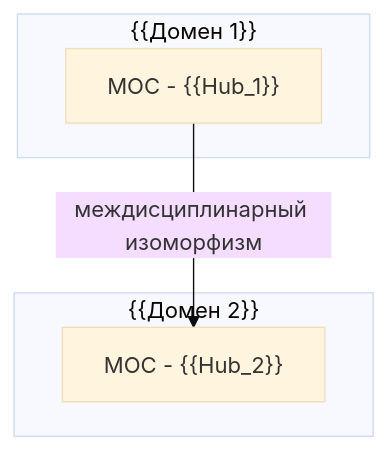
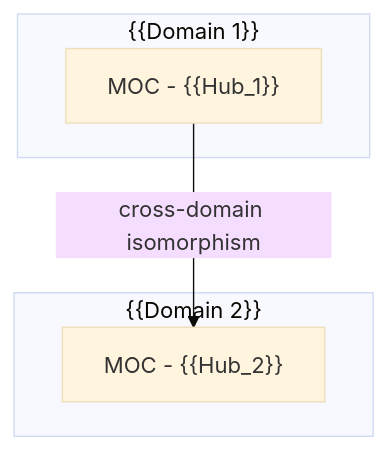
The diagram in templates/dashboard.md (vnkdevelop/knowledge-brain), drawn with Mermaid (base theme) before and after one commit. The commit also changed other lines of this file and 9 other files, not shown here.

````diff
--- a/templates/dashboard.md
+++ b/templates/dashboard.md
@@ -55,10 +55,10 @@
 ```mermaid
 graph TD
-    subgraph "{{Домен 1}}"
+    subgraph "{{Domain 1}}"
         MOC1["MOC - {{Hub_1}}"]
     end
-    subgraph "{{Домен 2}}"
+    subgraph "{{Domain 2}}"
         MOC2["MOC - {{Hub_2}}"]
     end
-    MOC1 -->|междисциплинарный изоморфизм| MOC2
+    MOC1 -->|cross-domain isomorphism| MOC2
 ```
````
